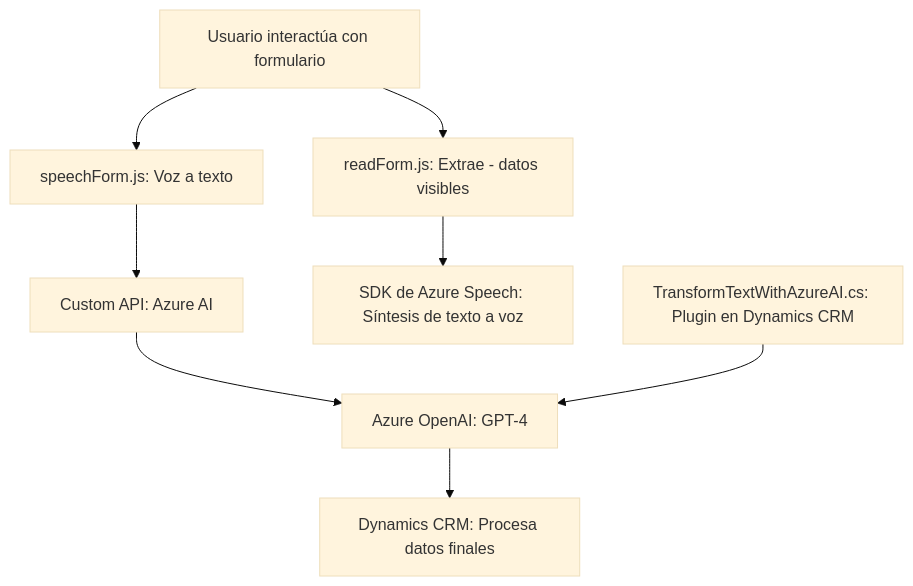
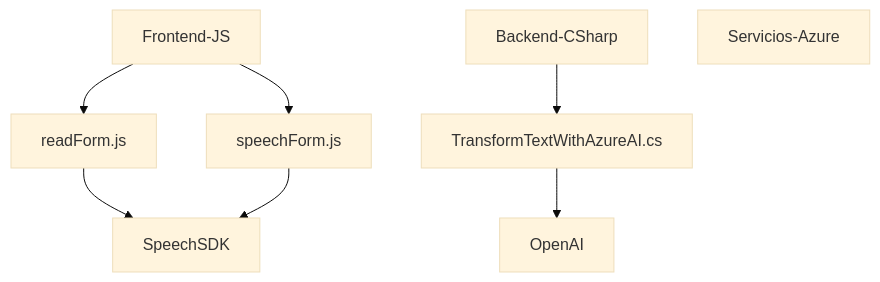
Before and after one commit to blopezdm/NETCORE_BILBAO2025: the diagram in README.md, drawn with Mermaid (base theme). The commit also changed other lines of this file, not shown here.

Commit message:
Actualizar análisis global de la solución con IA

````diff
--- a/README.md
+++ b/README.md
@@ -35,19 +33,18 @@
 ```mermaid
 graph TD
-    A["Usuario interactúa con formulario"]
-    B["readForm.js: Extrae - datos visibles"]
-    C["speechForm.js: Voz a texto"]
-    D["Custom API: Azure AI"]
-    E["SDK de Azure Speech: Síntesis de texto a voz"]
-    F["TransformTextWithAzureAI.cs: Plugin en Dynamics CRM"]
-    G["Azure OpenAI: GPT-4"]
-    H["Dynamics CRM: Procesa datos finales"]
+    A["Frontend-JS"]
+    A1["readForm.js"]
+    A2["speechForm.js"]
+    B["Backend-CSharp"]
+    B1["TransformTextWithAzureAI.cs"]
+    C["Servicios-Azure"]
+    C1["SpeechSDK"]
+    C2["OpenAI"]
 
-    A --> B
-    A --> C
-    B --> E
-    C --> D
-    D --> G
-    G --> H
-    F --> G
+    A --> A1
+    A --> A2
+    A1 --> C1
+    A2 --> C1
+    B --> B1
+    B1 --> C2
 ```
````
